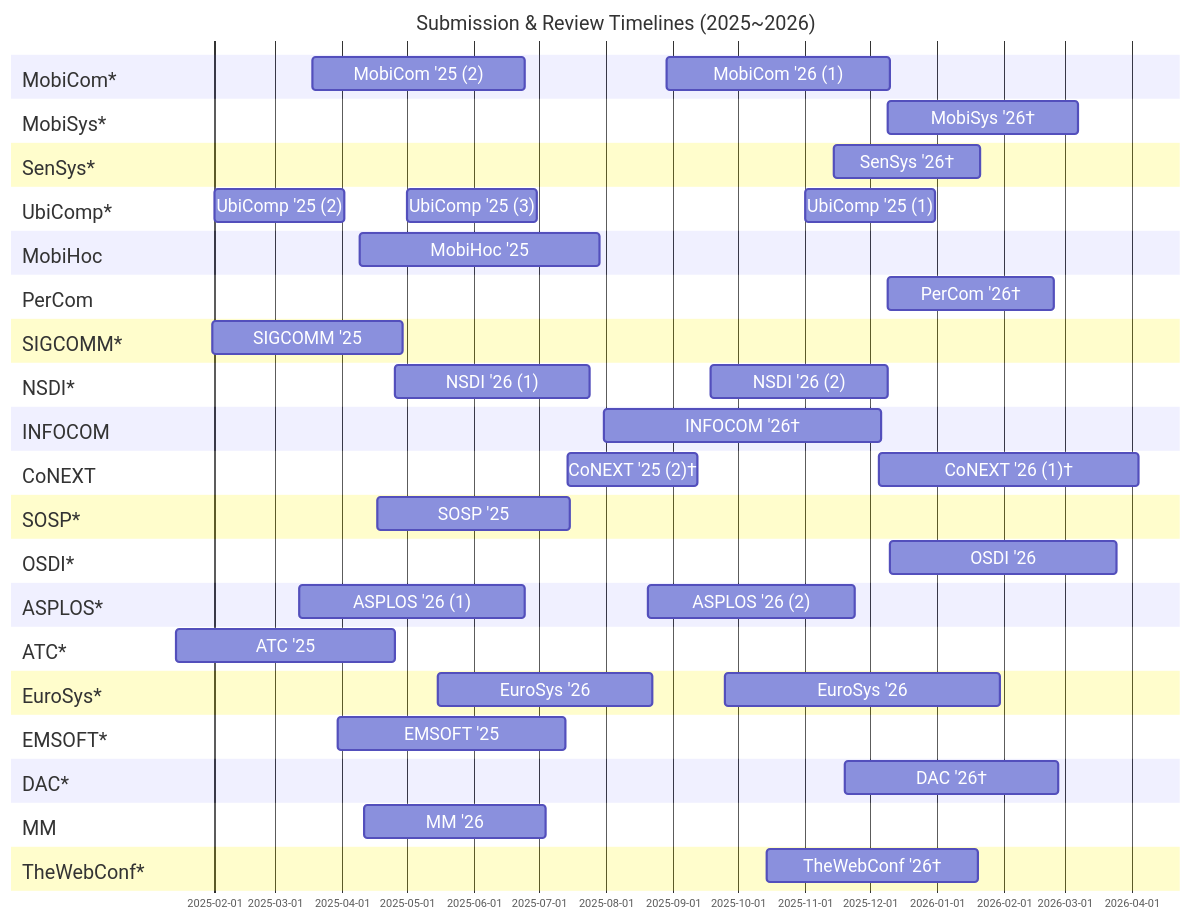
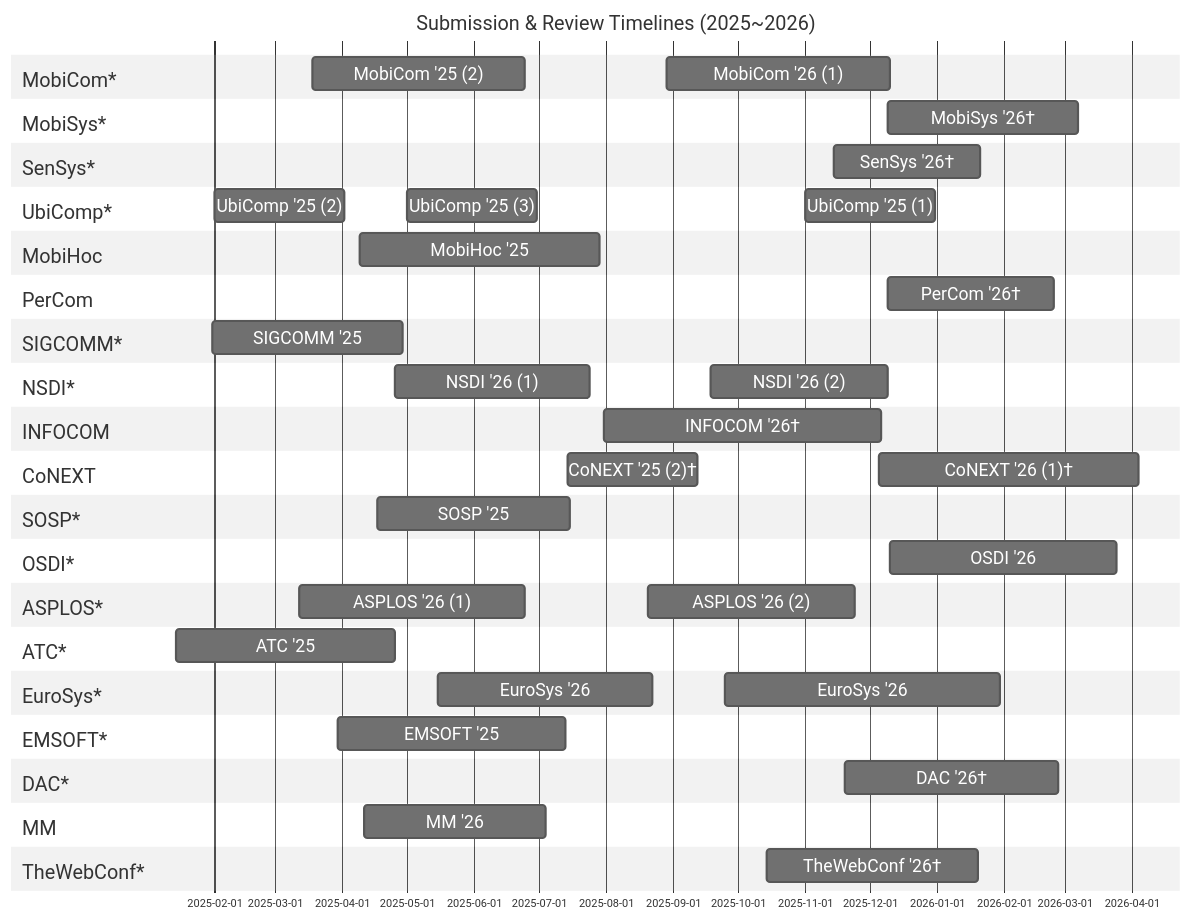
The diagram in README.md (iamseonghoon/Mobile-Systems-Conference-Timelines), drawn with Mermaid before and after one commit.

````diff
--- a/README.md
+++ b/README.md
@@ -8,5 +8,5 @@
 ```mermaid
-%%{init: {'theme': 'default',
+%%{init: {'theme': 'neutral',
 'themeVariables': {
       'fontSize': '18px'},
 "gantt": {
````
